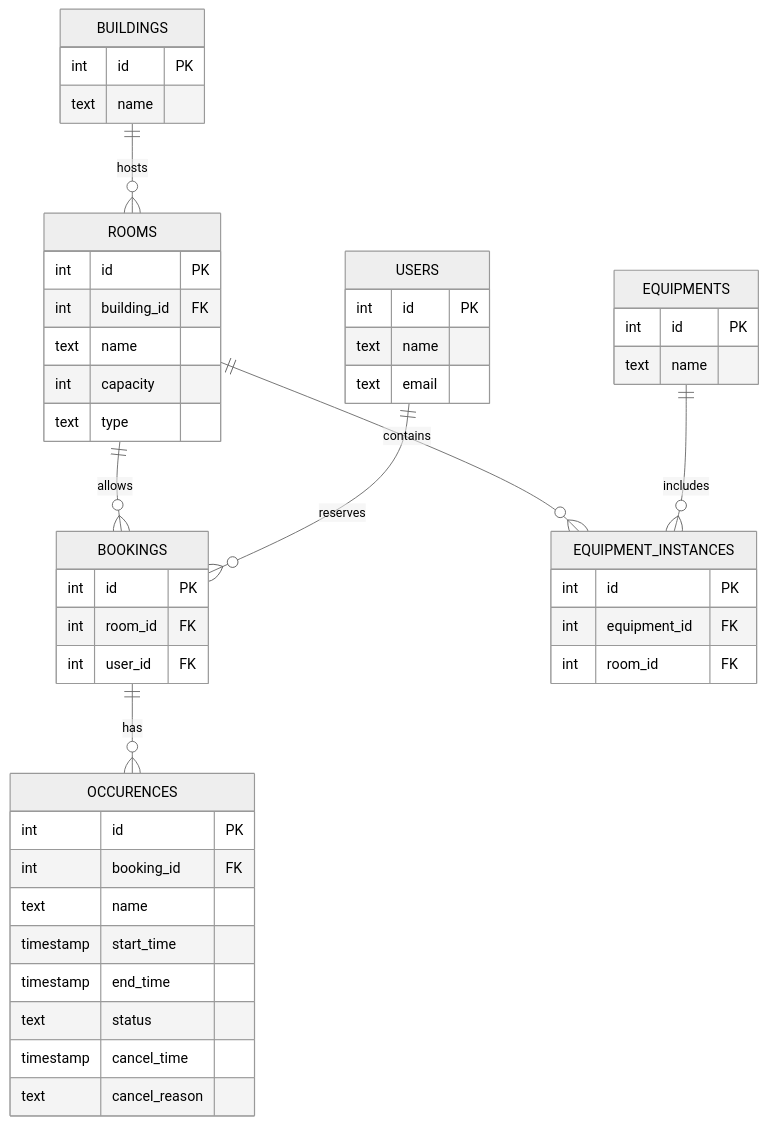
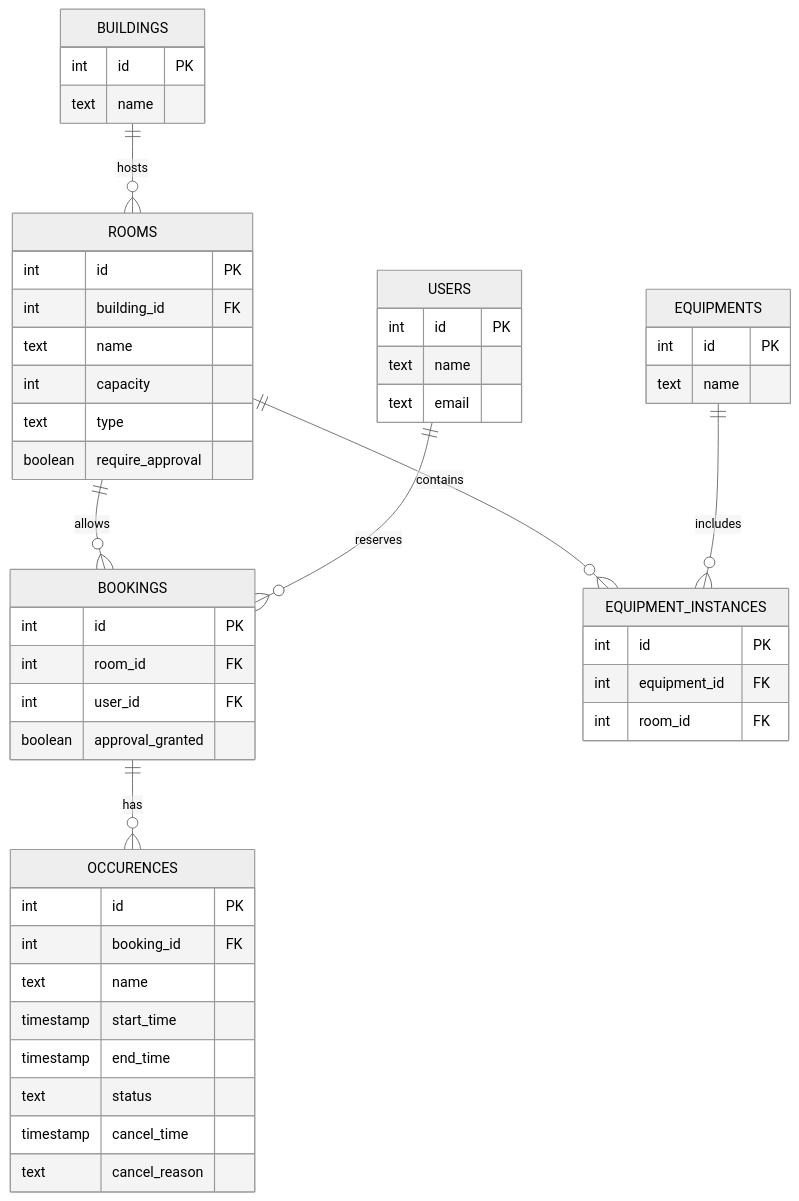
The diagram in design/er-diagram.md (ndinhtrung/booking-server), drawn with Mermaid (neutral theme) before and after one commit.

Commit message:
Add approval fields to ER diagram

````diff
--- a/design/er-diagram.md
+++ b/design/er-diagram.md
@@ -3,57 +3,59 @@
 ```mermaid
 erDiagram
 
     BUILDINGS {
         int        id               PK
         text       name
     }
 
     ROOMS {
         int        id               PK
         int        building_id      FK
         text       name
         int        capacity
         text       type
+        boolean    require_approval
     }
 
     USERS {
         int        id               PK
         text       name
         text       email
     }
 
     BOOKINGS {
         int        id               PK
         int        room_id          FK
         int        user_id          FK
+        boolean    approval_granted
     }
 
     OCCURENCES {
         int        id               PK
         int        booking_id       FK
         text       name
         timestamp  start_time
         timestamp  end_time
         text       status
         timestamp  cancel_time
         text       cancel_reason
     }
 
     EQUIPMENTS {
         int        id               PK
         text       name
     }
 
     EQUIPMENT_INSTANCES {
         int        id               PK
         int        equipment_id     FK
         int        room_id          FK
     }
 
     BUILDINGS  ||--o{ ROOMS                : "hosts"
     ROOMS      ||--o{ BOOKINGS             : "allows"
     USERS      ||--o{ BOOKINGS             : "reserves"
     BOOKINGS   ||--o{ OCCURENCES           : "has"
     ROOMS      ||--o{ EQUIPMENT_INSTANCES  : "contains"
     EQUIPMENTS ||--o{ EQUIPMENT_INSTANCES  : "includes"
 ```
````
